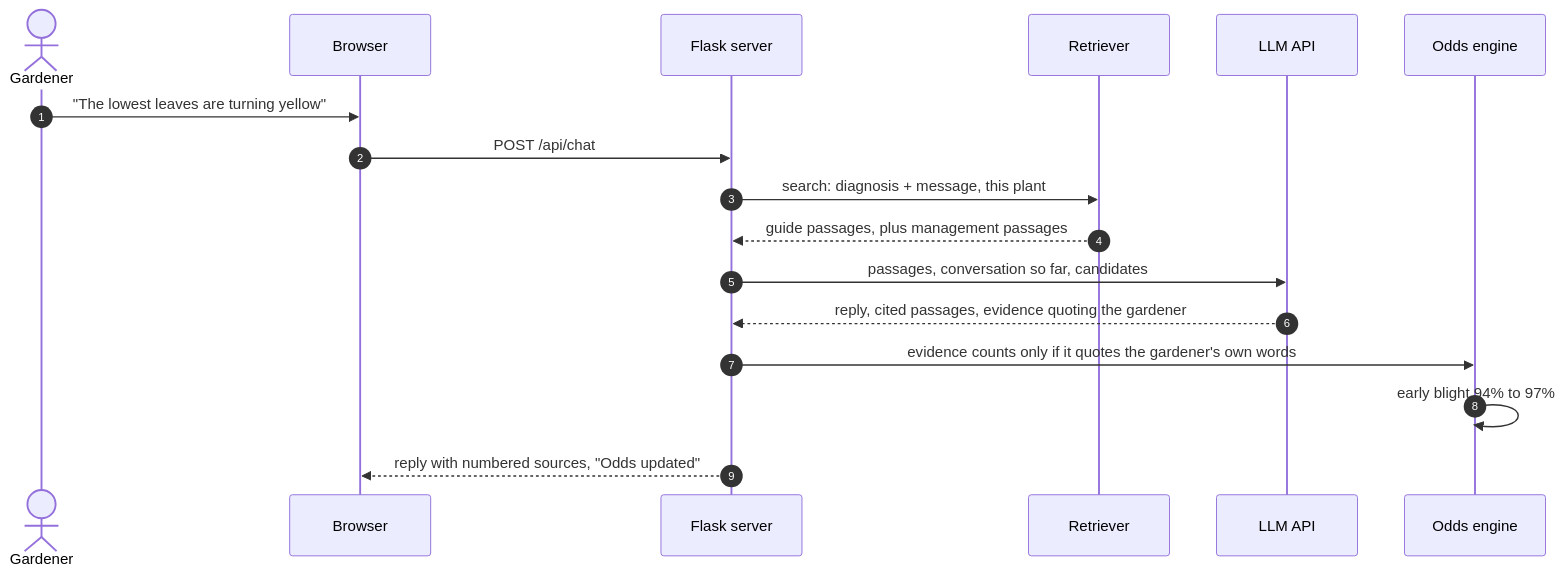
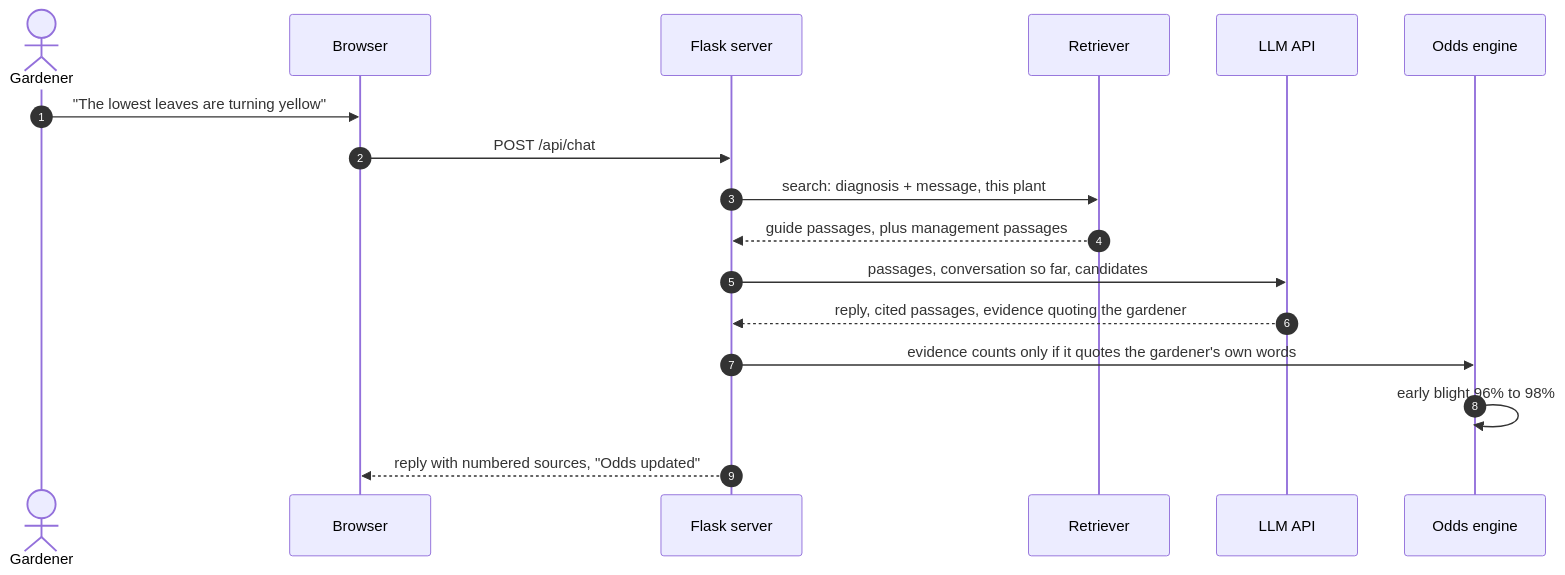
The fourth of 5 diagrams in docs/architecture/check-lifecycle.md (aakashksen/sprout), drawn with Mermaid before and after one commit. The commit also changed other lines of this file and 10 other files, not shown here.

Commit message:
Describe the follow-up question engine (E18) in the README, site and architecture pages; fix test count and split wording

````diff
--- a/docs/architecture/check-lifecycle.md
+++ b/docs/architecture/check-lifecycle.md
@@ -86,20 +82,20 @@
 ```mermaid
 sequenceDiagram
     autonumber
     actor G as Gardener
     participant B as Browser
     participant S as Flask server
     participant R as Retriever
     participant L as LLM API
     participant E as Odds engine
 
     G->>B: "The lowest leaves are turning yellow"
     B->>S: POST /api/chat
     S->>R: search: diagnosis + message, this plant
     R-->>S: guide passages, plus management passages
     S->>L: passages, conversation so far, candidates
     L-->>S: reply, cited passages, evidence quoting the gardener
     S->>E: evidence counts only if it quotes the gardener's own words
-    E->>E: early blight 94% to 97%
+    E->>E: early blight 96% to 98%
     S-->>B: reply with numbered sources, "Odds updated"
 ```
````
